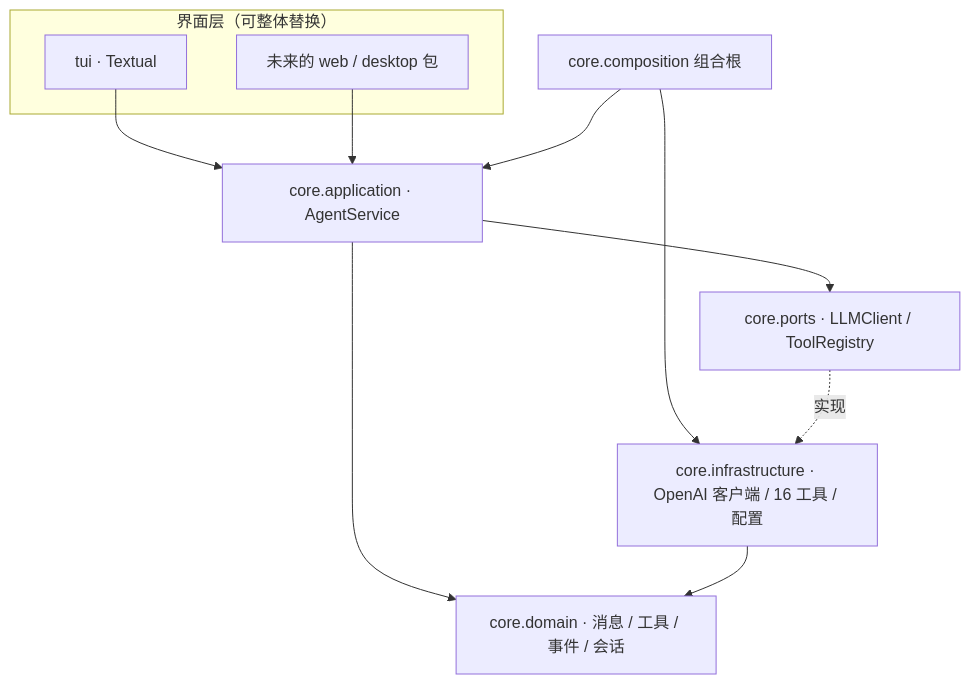
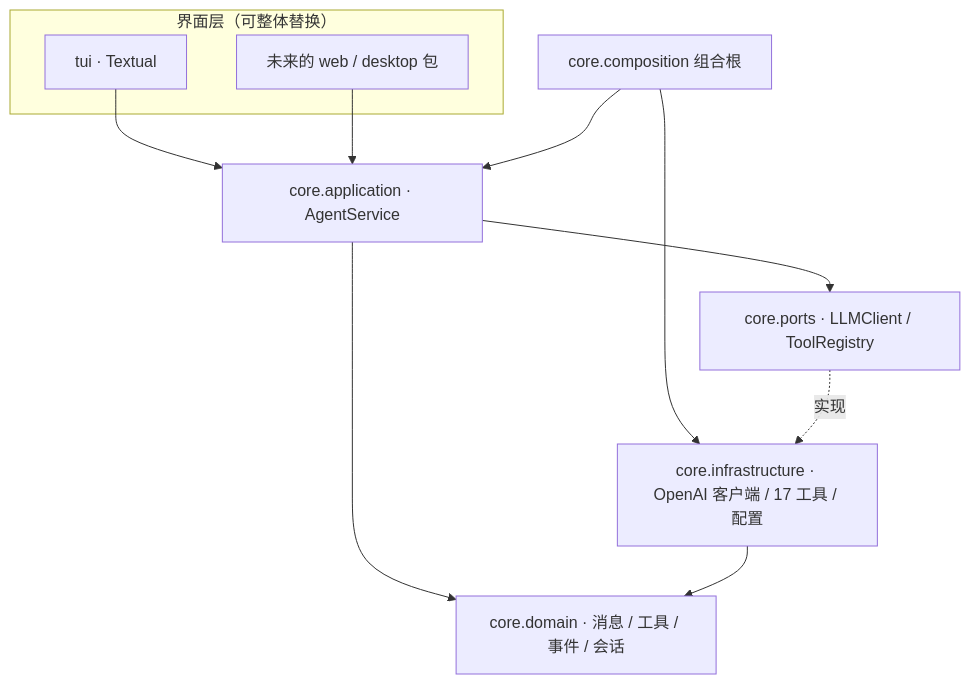
The diagram in Agent/xAgent/README.md (atfa/LLM-Homework), drawn with Mermaid before and after one commit. The commit also changed other lines of this file and 13 other files, not shown here.

````diff
--- a/Agent/xAgent/README.md
+++ b/Agent/xAgent/README.md
@@ -150,21 +151,21 @@
 ```mermaid
 flowchart TB
     subgraph ui["界面层（可整体替换）"]
         TUI["tui · Textual"]
         FUTURE["未来的 web / desktop 包"]
     end
     COMP["core.composition 组合根"]
     APP["core.application · AgentService"]
     PORTS["core.ports · LLMClient / ToolRegistry"]
     DOM["core.domain · 消息 / 工具 / 事件 / 会话"]
-    INFRA["core.infrastructure · OpenAI 客户端 / 16 工具 / 配置"]
+    INFRA["core.infrastructure · OpenAI 客户端 / 17 工具 / 配置"]
 
     TUI --> APP
     FUTURE --> APP
     COMP --> APP
     COMP --> INFRA
     APP --> PORTS
     PORTS -. "实现" .-> INFRA
     APP --> DOM
     INFRA --> DOM
 ```
````
